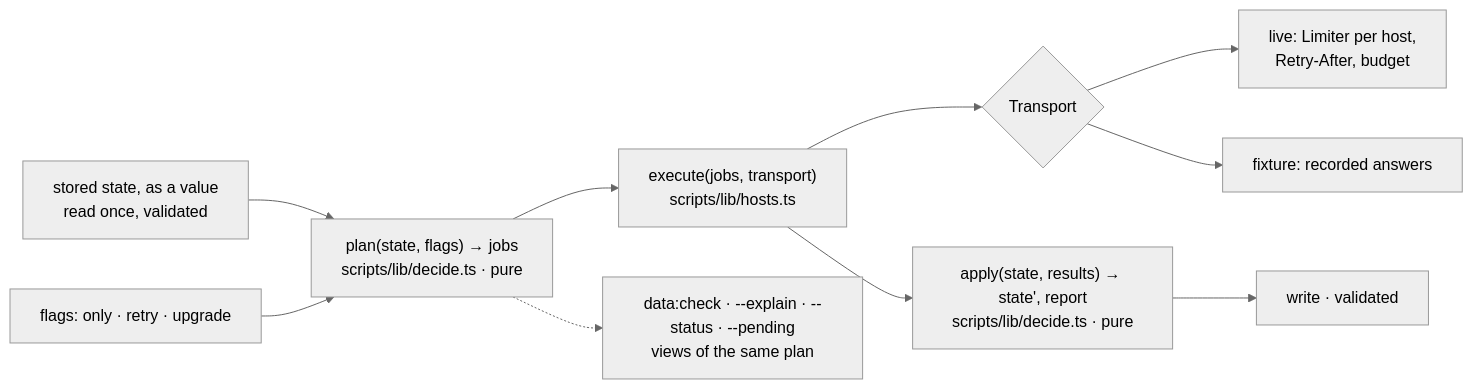
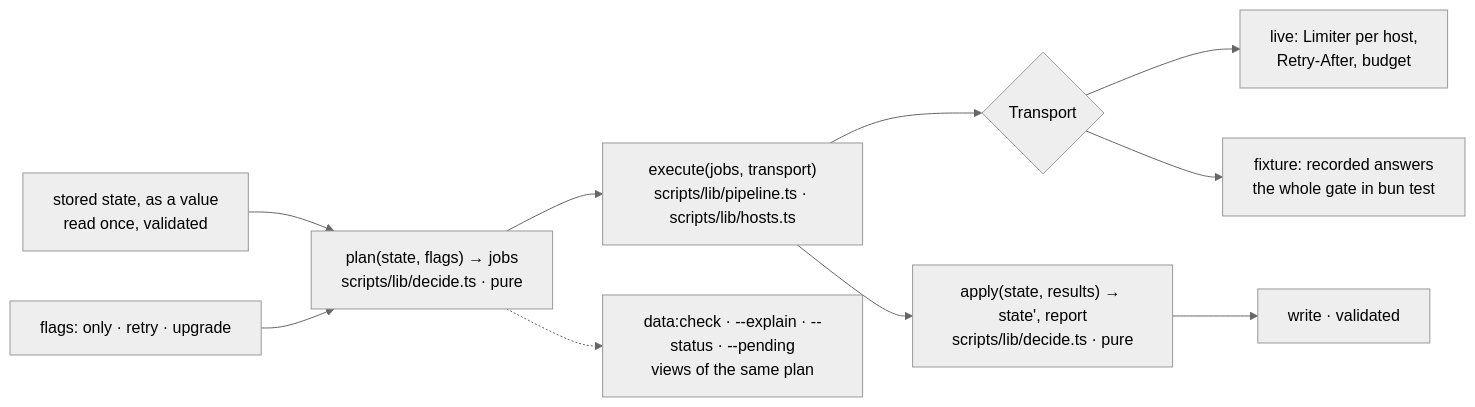
Before and after one commit to mdugue/alpen: the second of 3 diagrams in docs/data-pipeline.md, drawn with Mermaid (neutral theme). The commit also changed other lines of this file and 27 other files, not shown here.

First line of the commit message:
refactor(scripts): the pipeline runs offline in a test, and one rule names the derived files

````diff
--- a/docs/data-pipeline.md
+++ b/docs/data-pipeline.md
@@ -68,13 +68,13 @@
 ```mermaid
 flowchart LR
   ST["stored state, as a value<br/>read once, validated"] --> P
   FL["flags: only · retry · upgrade"] --> P
   P["plan(state, flags) → jobs<br/>scripts/lib/decide.ts · pure"]
-  P --> X["execute(jobs, transport)<br/>scripts/lib/hosts.ts"]
+  P --> X["execute(jobs, transport)<br/>scripts/lib/pipeline.ts · scripts/lib/hosts.ts"]
   X --> T{"Transport"}
   T --> LIVE["live: Limiter per host,<br/>Retry-After, budget"]
-  T --> FIX["fixture: recorded answers"]
+  T --> FIX["fixture: recorded answers<br/>the whole gate in bun test"]
   X --> A["apply(state, results) → state', report<br/>scripts/lib/decide.ts · pure"]
   A --> W["write · validated"]
   P -.-> CD["data:check · --explain · --status · --pending<br/>views of the same plan"]
 ```
````
